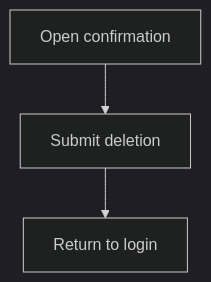
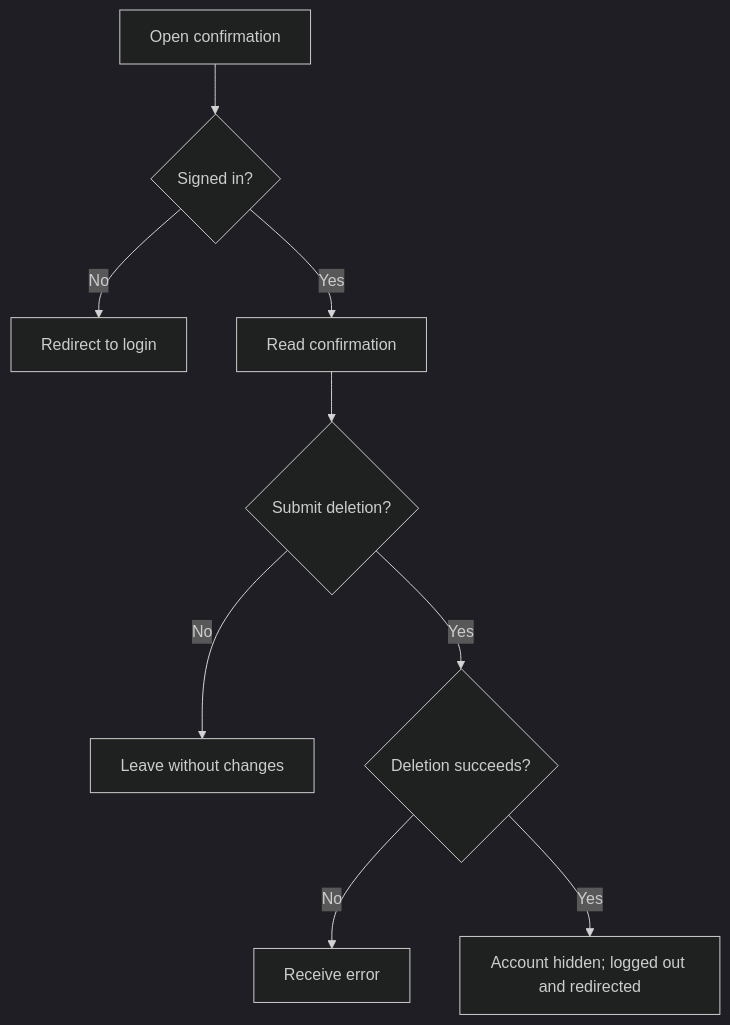
One commit to Kevinjohn/oss-adonisjs-lucid-soft-delete changed the first of 2 diagrams in user-stories/example-apps/us-demo-08-inertia-delete.md. Above: the diagram before and after it, drawn with Mermaid (dark theme). The commit also changed other lines of this file and 22 other files, not shown here.

Commit message:
docs: verify user story paths and Mermaid flows against implementation

````diff
--- a/user-stories/example-apps/us-demo-08-inertia-delete.md
+++ b/user-stories/example-apps/us-demo-08-inertia-delete.md
@@ -19,4 +19,10 @@
 ```mermaid
 flowchart TD
-    A["Open confirmation"] --> B["Submit deletion"] --> C["Return to login"]
+    A["Open confirmation"] --> B{"Signed in?"}
+    B -->|No| C["Redirect to login"]
+    B -->|Yes| D["Read confirmation"] --> E{"Submit deletion?"}
+    E -->|No| F["Leave without changes"]
+    E -->|Yes| G{"Deletion succeeds?"}
+    G -->|No| H["Receive error"]
+    G -->|Yes| I["Account hidden; logged out and redirected"]
 ```
````
